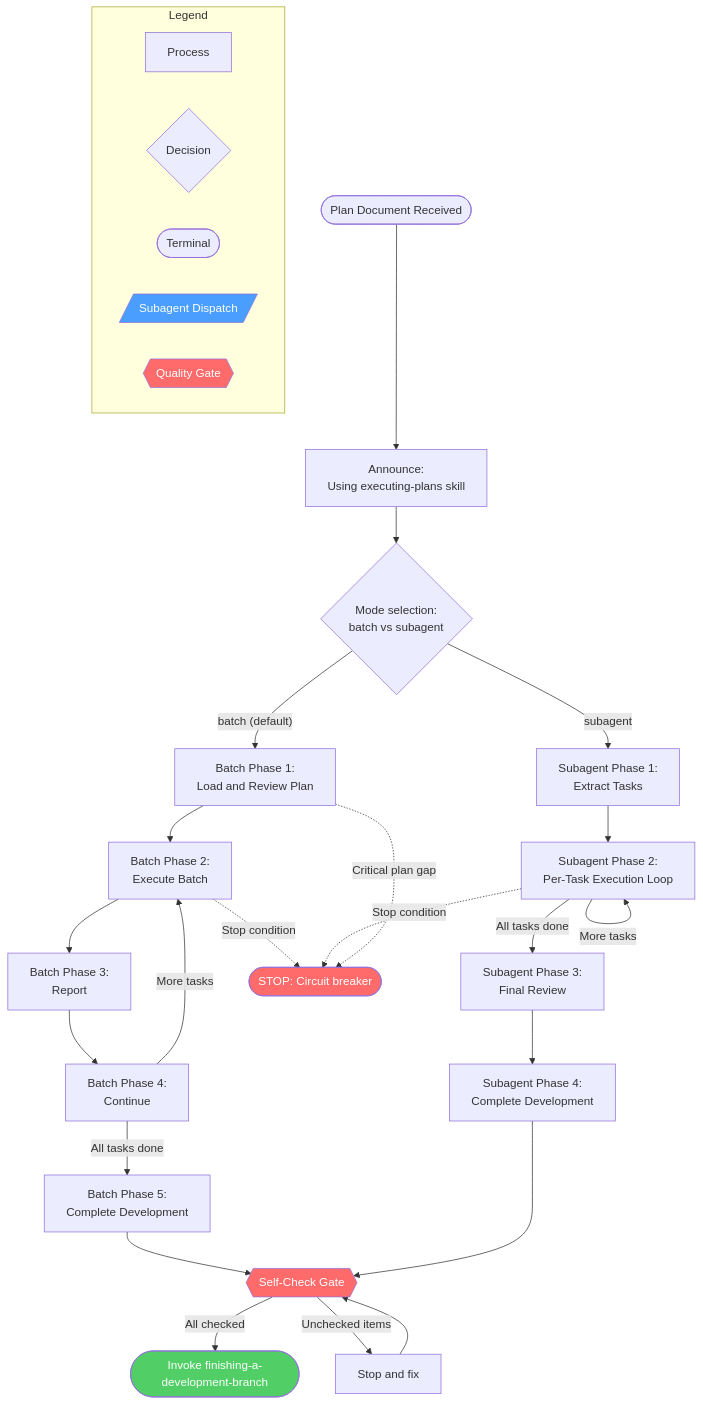
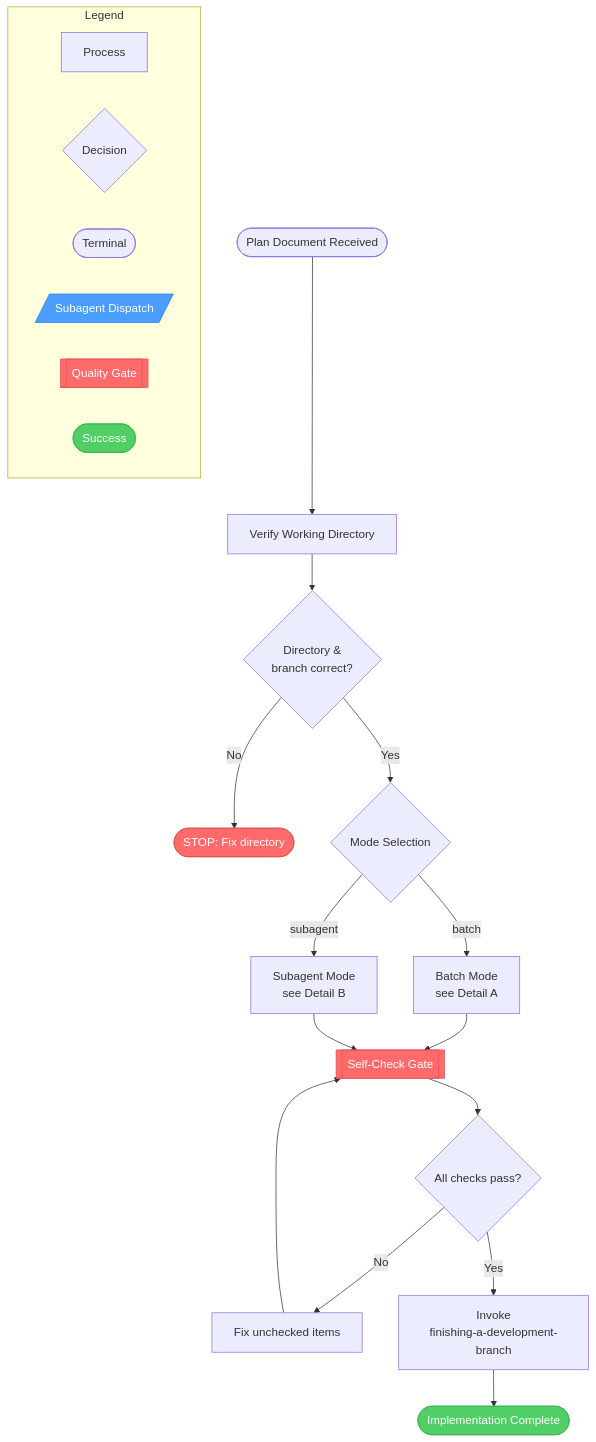
One commit to axiomantic/spellbook changed the first of 5 diagrams in docs/diagrams/skills/executing-plans.md. Above: the diagram before and after it, drawn with Mermaid. The commit also changed other lines of this file and 34 other files, not shown here.

````diff
--- a/docs/diagrams/skills/executing-plans.md
+++ b/docs/diagrams/skills/executing-plans.md
@@ -8,43 +8,32 @@
 ```mermaid
 flowchart TD
-    subgraph Legend
-        L1[Process]
-        L2{Decision}
-        L3([Terminal])
-        L4[/"Subagent Dispatch"/]
-        L5{{Quality Gate}}
+    subgraph legend[" Legend "]
+        direction LR
+        l1[Process]
+        l2{Decision}
+        l3([Terminal])
+        l4[/"Subagent Dispatch"/]:::subagent
+        l5[[Quality Gate]]:::gate
+        l6([Success]):::success
     end
 
-    START([Plan Document Received]) --> ANNOUNCE["Announce:<br>Using executing-plans skill"]
-    ANNOUNCE --> MODE_CHECK{Mode selection:<br>batch vs subagent}
+    START([Plan Document Received]) --> WD[Verify Working Directory]
+    WD --> WD_OK{Directory &<br>branch correct?}
+    WD_OK -->|No| WD_FAIL([STOP: Fix directory]):::gate
+    WD_OK -->|Yes| MODE{Mode Selection}
 
-    MODE_CHECK -->|"batch (default)"| BATCH_P1["Batch Phase 1:<br>Load and Review Plan"]
-    MODE_CHECK -->|subagent| SUB_P1["Subagent Phase 1:<br>Extract Tasks"]
+    MODE -->|batch| BATCH[Batch Mode<br>see Detail A]
+    MODE -->|subagent| SUB[Subagent Mode<br>see Detail B]
 
-    BATCH_P1 --> BATCH_P2["Batch Phase 2:<br>Execute Batch"]
-    BATCH_P2 --> BATCH_P3["Batch Phase 3:<br>Report"]
-    BATCH_P3 --> BATCH_P4["Batch Phase 4:<br>Continue"]
-    BATCH_P4 -->|More tasks| BATCH_P2
-    BATCH_P4 -->|All tasks done| BATCH_P5["Batch Phase 5:<br>Complete Development"]
+    BATCH --> SELF[[Self-Check Gate]]:::gate
+    SUB --> SELF
 
-    SUB_P1 --> SUB_P2["Subagent Phase 2:<br>Per-Task Execution Loop"]
-    SUB_P2 -->|More tasks| SUB_P2
-    SUB_P2 -->|All tasks done| SUB_P3["Subagent Phase 3:<br>Final Review"]
-    SUB_P3 --> SUB_P4["Subagent Phase 4:<br>Complete Development"]
+    SELF --> SELF_OK{All checks pass?}
+    SELF_OK -->|No| FIX[Fix unchecked items] --> SELF
+    SELF_OK -->|Yes| FINISH[Invoke<br>finishing-a-development-branch]
+    FINISH --> DONE([Implementation Complete]):::success
 
-    BATCH_P5 --> SELFCHECK{{Self-Check Gate}}
-    SUB_P4 --> SELFCHECK
-
-    SELFCHECK -->|All checked| FINISH(["Invoke finishing-a-development-branch"])
-    SELFCHECK -->|Unchecked items| FIX["Stop and fix"] --> SELFCHECK
-
-    BATCH_P2 -.->|"Stop condition"| CB_STOP([STOP: Circuit breaker])
-    SUB_P2 -.->|"Stop condition"| CB_STOP
-    BATCH_P1 -.->|"Critical plan gap"| CB_STOP
-
-    style L4 fill:#4a9eff,color:#fff
-    style L5 fill:#ff6b6b,color:#fff
-    style FINISH fill:#51cf66,color:#fff
-    style SELFCHECK fill:#ff6b6b,color:#fff
-    style CB_STOP fill:#ff6b6b,color:#fff
+    classDef subagent fill:#4a9eff,stroke:#2b7de9,color:#fff
+    classDef gate fill:#ff6b6b,stroke:#e05252,color:#fff
+    classDef success fill:#51cf66,stroke:#3ab554,color:#fff
 ```
````
